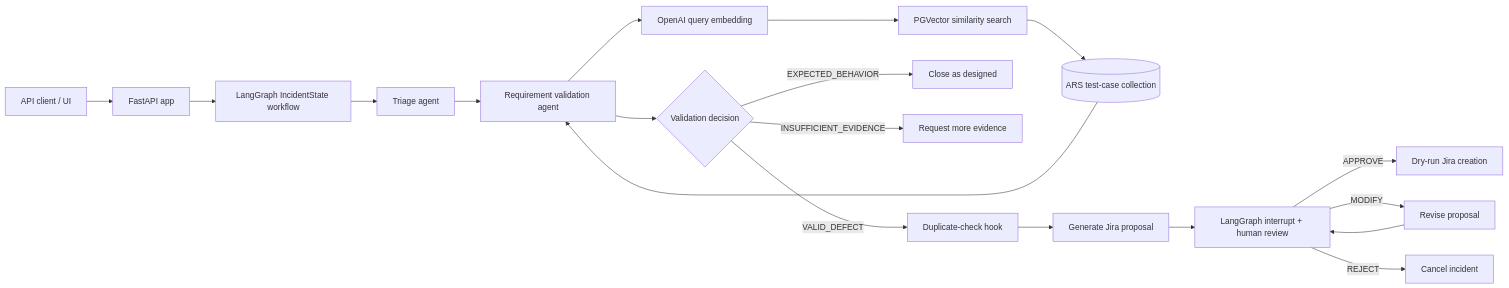
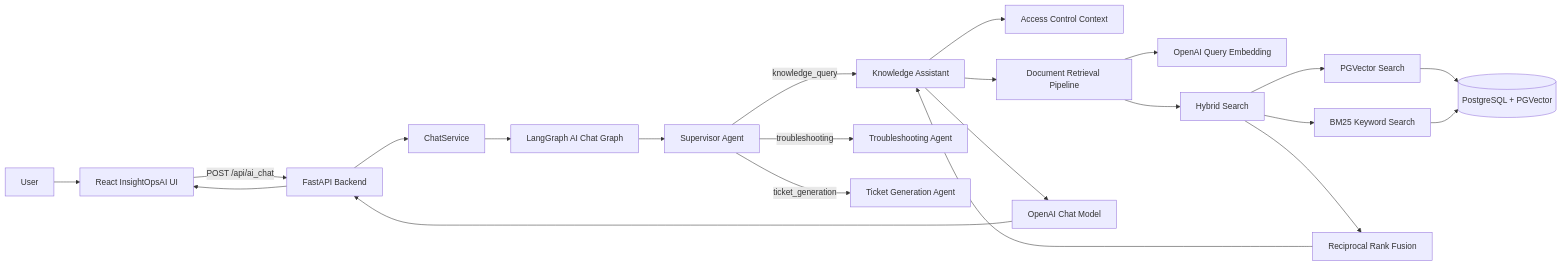
The first of 4 diagrams in README.md (pramodsahoo568/IncidentOpsAI-Architecture), drawn with Mermaid before and after one commit. The commit also changed other lines of this file, not shown here.

Commit message:
diagrams Added

````diff
--- a/README.md
+++ b/README.md
@@ -39,21 +97,24 @@
 ```mermaid
 flowchart LR
-    Client[API client / UI] --> API[FastAPI app]
-    API --> Graph[LangGraph IncidentState workflow]
-    Graph --> Triage[Triage agent]
-    Triage --> Validate[Requirement validation agent]
-    Validate --> Embed[OpenAI query embedding]
-    Embed --> Vector[PGVector similarity search]
-    Vector --> KB[(ARS test-case collection)]
-    KB --> Validate
-    Validate --> Decision{Validation decision}
-    Decision -->|EXPECTED_BEHAVIOR| Designed[Close as designed]
-    Decision -->|INSUFFICIENT_EVIDENCE| Evidence[Request more evidence]
-    Decision -->|VALID_DEFECT| Duplicate[Duplicate-check hook]
-    Duplicate --> Proposal[Generate Jira proposal]
-    Proposal --> HITL[LangGraph interrupt + human review]
-    HITL -->|APPROVE| Jira[Dry-run Jira creation]
-    HITL -->|MODIFY| Revise[Revise proposal]
-    Revise --> HITL
-    HITL -->|REJECT| Cancel[Cancel incident]
+    User[User] --> UI[React InsightOpsAI UI]
+    UI -->|POST /api/ai_chat| API[FastAPI Backend]
+    API --> Service[ChatService]
+    Service --> Graph[LangGraph AI Chat Graph]
+    Graph --> Supervisor[Supervisor Agent]
+    Supervisor -->|knowledge_query| Knowledge[Knowledge Assistant]
+    Supervisor -->|troubleshooting| Troubleshooting[Troubleshooting Agent]
+    Supervisor -->|ticket_generation| Ticket[Ticket Generation Agent]
+    Knowledge --> Access[Access Control Context]
+    Knowledge --> Retriever[Document Retrieval Pipeline]
+    Retriever --> Embeddings[OpenAI Query Embedding]
+    Retriever --> Hybrid[Hybrid Search]
+    Hybrid --> Vector[PGVector Search]
+    Hybrid --> BM25[BM25 Keyword Search]
+    Vector --> DB[(PostgreSQL + PGVector)]
+    BM25 --> DB
+    Hybrid --> RRF[Reciprocal Rank Fusion]
+    RRF --> Knowledge
+    Knowledge --> LLM[OpenAI Chat Model]
+    LLM --> API
+    API --> UI
 ```
````
